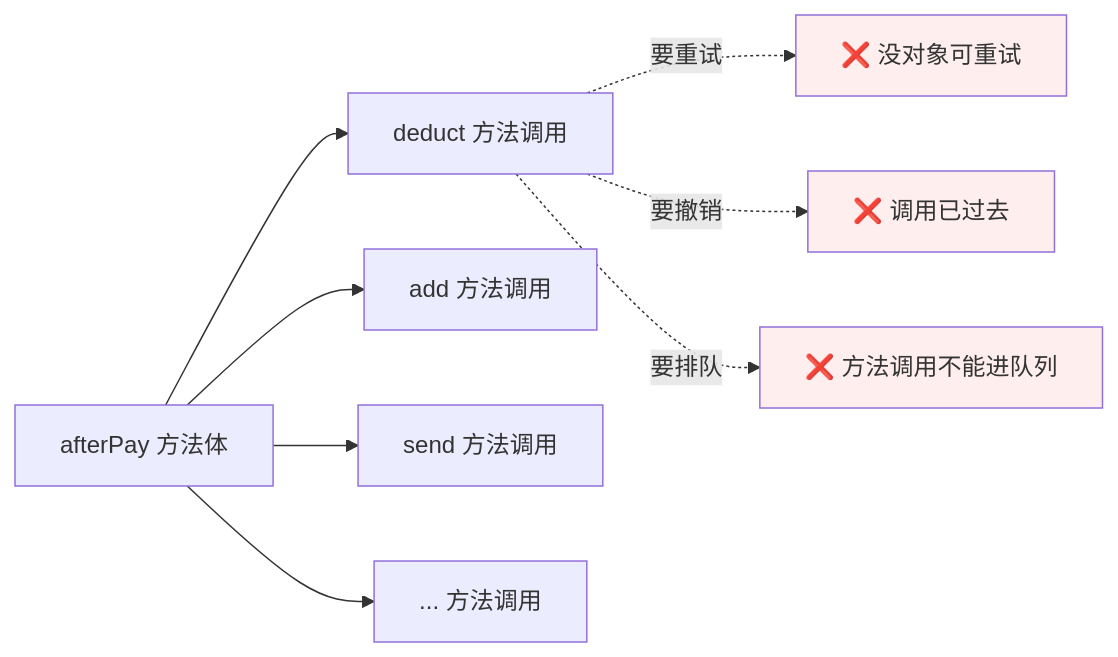
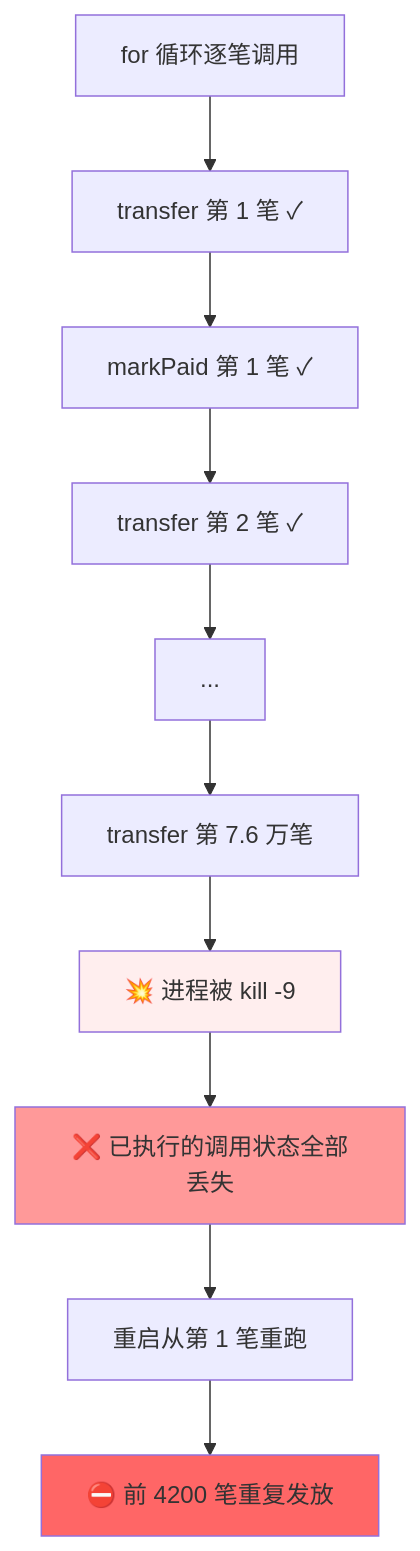
Before and after one commit to chongyang211/YCBookBlog: the first of 7 diagrams in docs/08.编程/03.巧学设计模式/18.命令模式设计思想.md, drawn with Mermaid. The commit also changed other lines of this file and 13 other files, not shown here.

````diff
--- a/docs/08.编程/03.巧学设计模式/18.命令模式设计思想.md
+++ b/docs/08.编程/03.巧学设计模式/18.命令模式设计思想.md
@@ -125,13 +117,16 @@
 ```mermaid
-flowchart LR
-    Pay[afterPay 方法体] --> A1[deduct 方法调用]
-    Pay --> A2[add 方法调用]
-    Pay --> A3[send 方法调用]
-    Pay --> Am[... 方法调用]
-    A1 -.要重试.-> X1[❌ 没对象可重试]
-    A1 -.要撤销.-> X2[❌ 调用已过去]
-    A1 -.要排队.-> X3[❌ 方法调用不能进队列]
-    style X1 fill:#fee
-    style X2 fill:#fee
-    style X3 fill:#fee
+flowchart TD
+    FOR[for 循环逐笔调用] --> T1[transfer 第 1 笔 ✓]
+    T1 --> T2[markPaid 第 1 笔 ✓]
+    T2 --> T3[transfer 第 2 笔 ✓]
+    T3 --> T4[...]
+    T4 --> TK[transfer 第 7.6 万笔]
+    TK --> CRASH[💥 进程被 kill -9]
+    CRASH --> LOST[❌ 已执行的调用状态全部丢失]
+    LOST --> RERUN[重启从第 1 笔重跑]
+    RERUN --> DUP[⛔ 前 4200 笔重复发放]
+    
+    style CRASH fill:#fee
+    style LOST fill:#f99
+    style DUP fill:#f66
 ```
````
